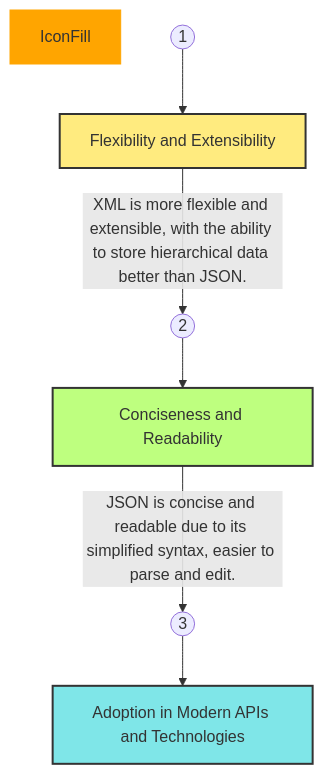
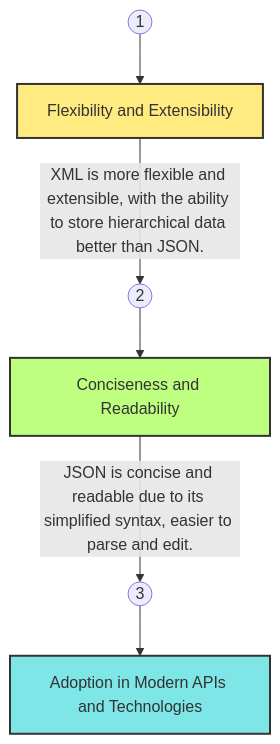
Before and after one commit to superelectronic/ppt2: the diagram in index.adoc, drawn with Mermaid. The commit also changed other lines of this file, not shown here.

```diff
--- a/index.adoc
+++ b/index.adoc
@@ -978,18 +978,17 @@
 [mermaid,target=user-journey,format=svg,theme=forest,.stretch]
 ----
 graph TD
     style StartBox fill:#FFD700,stroke:#333,stroke-width:2px,fill-opacity:0.5
     style MiddleBox fill:#7FFF00,stroke:#333,stroke-width:2px,fill-opacity:0.5
     style EndBox fill:#00CED1,stroke:#333,stroke-width:2px,fill-opacity:0.5
-    style IconFill fill:#FFA500,stroke:#FFA500
     
-    StartIcon1((1)):::IconFill
-    StartIcon2((2)):::IconFill
-    StartIcon3((3)):::IconFill
+    StartIcon1((1))
+    StartIcon2((2))
+    StartIcon3((3))
 
     StartIcon1 --> StartBox[Flexibility and Extensibility]
     StartIcon2 --> MiddleBox[Conciseness and Readability]
     StartIcon3 --> EndBox[Adoption in Modern APIs and Technologies]
     StartBox -->|XML is more flexible and extensible, with the ability to store hierarchical data better than JSON.| StartIcon2
     MiddleBox -->|JSON is concise and readable due to its simplified syntax, easier to parse and edit.| StartIcon3
 ----
```
